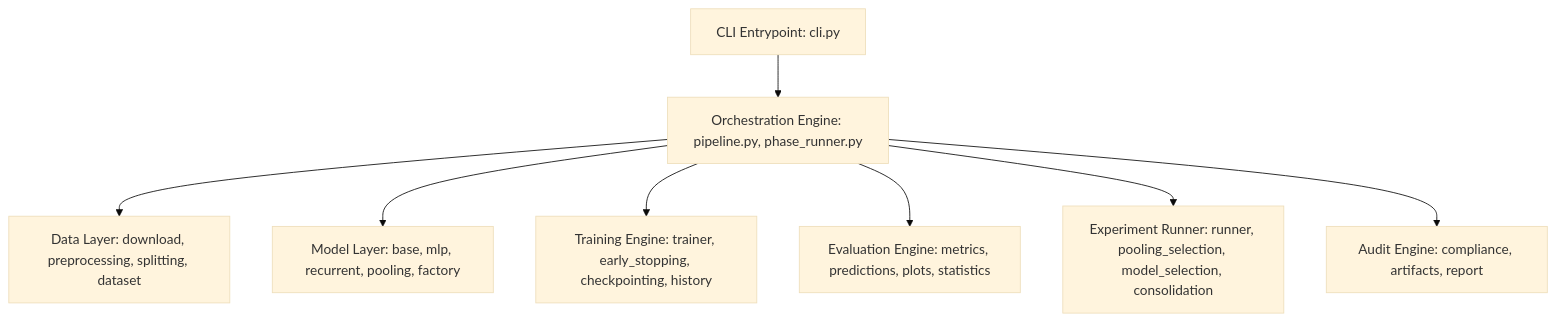
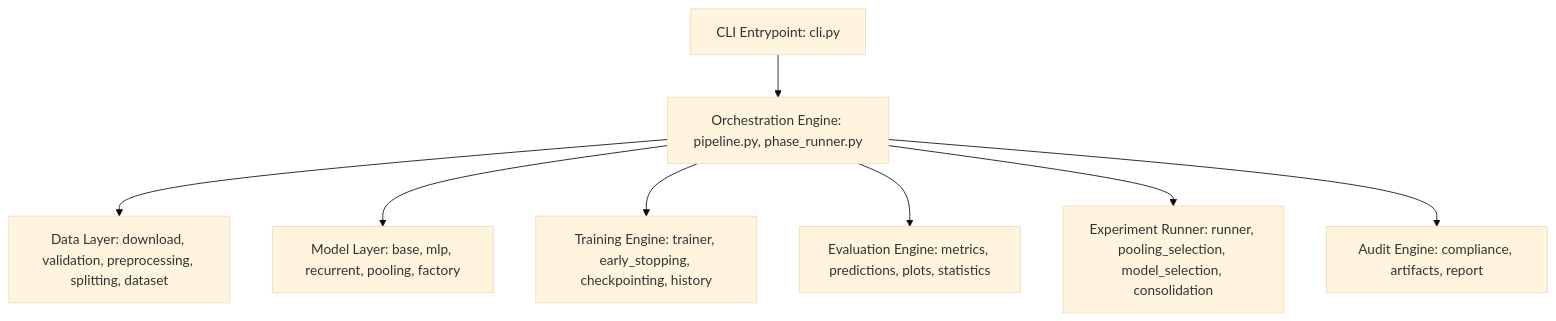
Before and after one commit to joaopaulo164/projeto4_rnn: the diagram in docs/ARCHITECTURE.md, drawn with Mermaid (base theme). The commit also changed other lines of this file and 93 other files, not shown here.

````diff
--- a/docs/ARCHITECTURE.md
+++ b/docs/ARCHITECTURE.md
@@ -7,10 +7,10 @@
 ```mermaid
 graph TD
     CLI[CLI Entrypoint: cli.py] --> ORCH[Orchestration Engine: pipeline.py, phase_runner.py]
-    ORCH --> DATA[Data Layer: download, preprocessing, splitting, dataset]
+    ORCH --> DATA[Data Layer: download, validation, preprocessing, splitting, dataset]
     ORCH --> MODELS[Model Layer: base, mlp, recurrent, pooling, factory]
     ORCH --> TRAIN[Training Engine: trainer, early_stopping, checkpointing, history]
     ORCH --> EVAL[Evaluation Engine: metrics, predictions, plots, statistics]
     ORCH --> EXP[Experiment Runner: runner, pooling_selection, model_selection, consolidation]
     ORCH --> AUDIT[Audit Engine: compliance, artifacts, report]
 ```
````
